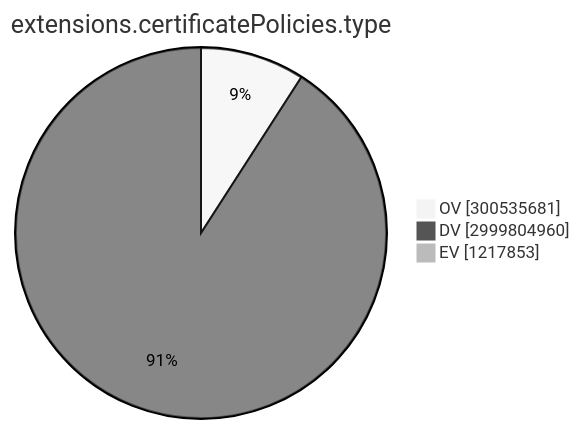
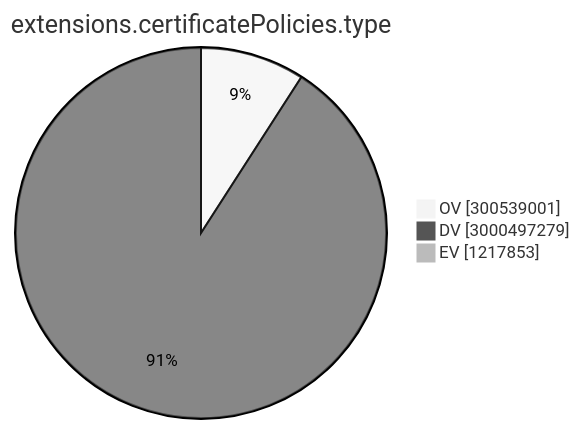
The ninth of 15 diagrams in TOTAL/README.md (christiankrug/ctmonitor_visualization), drawn with Mermaid (neutral theme) before and after one commit. The commit also changed other lines of this file, not shown here.

````diff
--- a/TOTAL/README.md
+++ b/TOTAL/README.md
@@ -3102,7 +3102,7 @@
 ```mermaid
 pie showData
 title extensions.certificatePolicies.type
-"OV" :300535681
-"DV" :2999804960
+"OV" :300539001
+"DV" :3000497279
 "EV" :1217853
 ```
````
